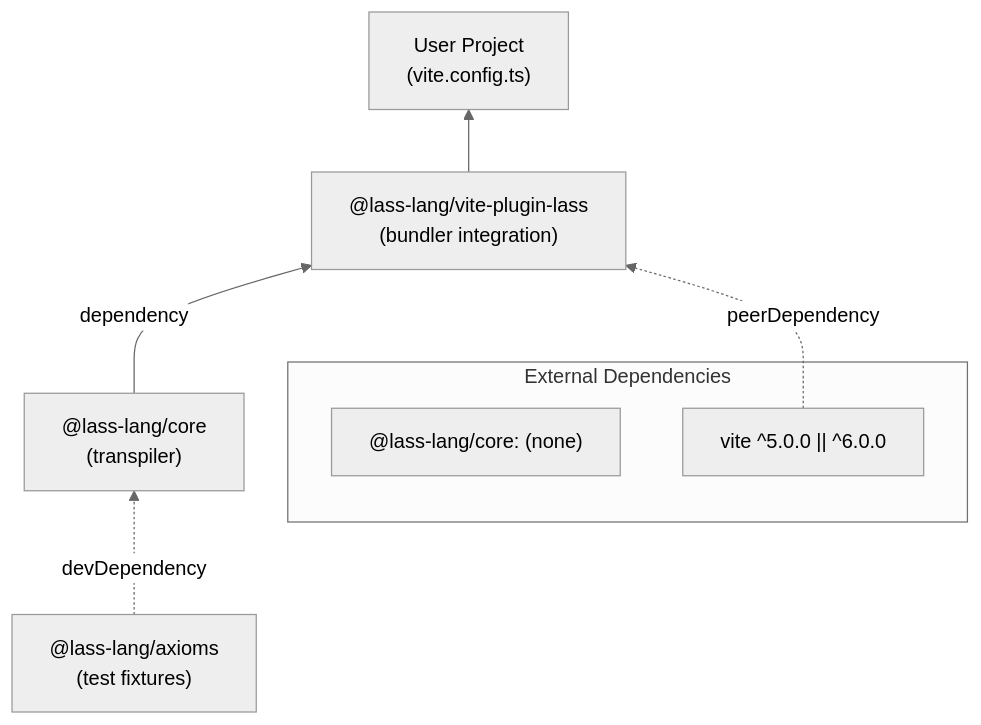
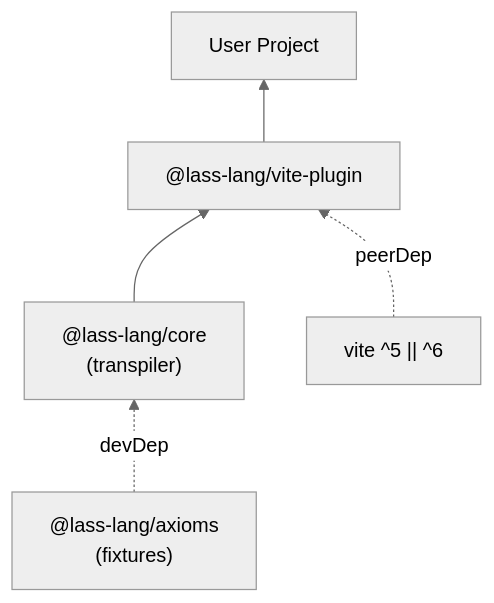
The seventh of 8 diagrams in diagrams/architecture-diagram.md (lass-lang/docs), drawn with Mermaid (neutral theme) before and after one commit. The commit also changed other lines of this file, not shown here.

First line of the commit message:
refactor: convert ASCII diagrams to clean Mermaid format

````diff
--- a/diagrams/architecture-diagram.md
+++ b/diagrams/architecture-diagram.md
@@ -208,17 +150,13 @@
 ```mermaid
 flowchart BT
-    subgraph External["External Dependencies"]
-        NONE["@lass-lang/core: (none)"]
-        VITE["vite ^5.0.0 || ^6.0.0"]
-    end
+    axioms["@lass-lang/axioms<br/>(fixtures)"]
+    core["@lass-lang/core<br/>(transpiler)"]
+    plugin["@lass-lang/vite-plugin"]
+    vite["vite ^5 || ^6"]
+    user[User Project]
 
-    AXIOMS["@lass-lang/axioms<br/>(test fixtures)"]
-    CORE["@lass-lang/core<br/>(transpiler)"]
-    PLUGIN["@lass-lang/vite-plugin-lass<br/>(bundler integration)"]
-    USER["User Project<br/>(vite.config.ts)"]
-
-    AXIOMS -.->|"devDependency"| CORE
-    CORE -->|"dependency"| PLUGIN
-    VITE -.->|"peerDependency"| PLUGIN
-    PLUGIN --> USER
+    axioms -.->|devDep| core
+    core --> plugin
+    vite -.->|peerDep| plugin
+    plugin --> user
 ```
````
